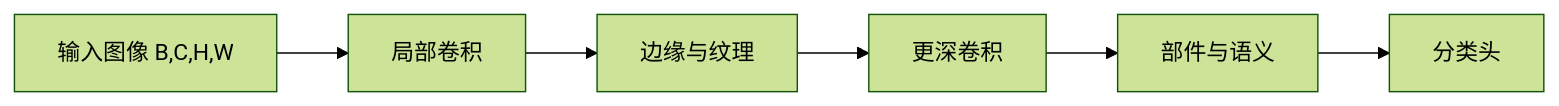
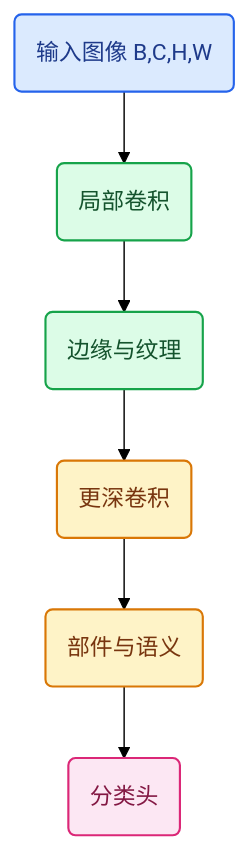
One commit to XuelinHu/blogs changed the diagram in docs/posts/AI基础/CNN卷积神经网络原理与源码解读.md. Above: the diagram before and after it, drawn with Mermaid (forest theme). The commit also changed 10 other files, not shown here.

Commit message:
style: improve mermaid flowchart layout and colors

````diff
--- a/docs/posts/AI基础/CNN卷积神经网络原理与源码解读.md
+++ b/docs/posts/AI基础/CNN卷积神经网络原理与源码解读.md
@@ -25,8 +25,12 @@
 ```mermaid
-flowchart LR
-    A[输入图像 B,C,H,W] --> B[局部卷积]
-    B --> C[边缘与纹理]
-    C --> D[更深卷积]
-    D --> E[部件与语义]
-    E --> F[分类头]
+flowchart TB
+    classDef input fill:#dbeafe,stroke:#2563eb,color:#1e3a8a,stroke-width:1.5px
+    classDef feature fill:#dcfce7,stroke:#16a34a,color:#14532d,stroke-width:1.5px
+    classDef semantic fill:#fef3c7,stroke:#d97706,color:#78350f,stroke-width:1.5px
+    classDef output fill:#fce7f3,stroke:#db2777,color:#831843,stroke-width:1.5px
+    A(输入图像 B,C,H,W):::input --> B(局部卷积):::feature
+    B --> C(边缘与纹理):::feature
+    C --> D(更深卷积):::semantic
+    D --> E(部件与语义):::semantic
+    E --> F(分类头):::output
 ```
````
